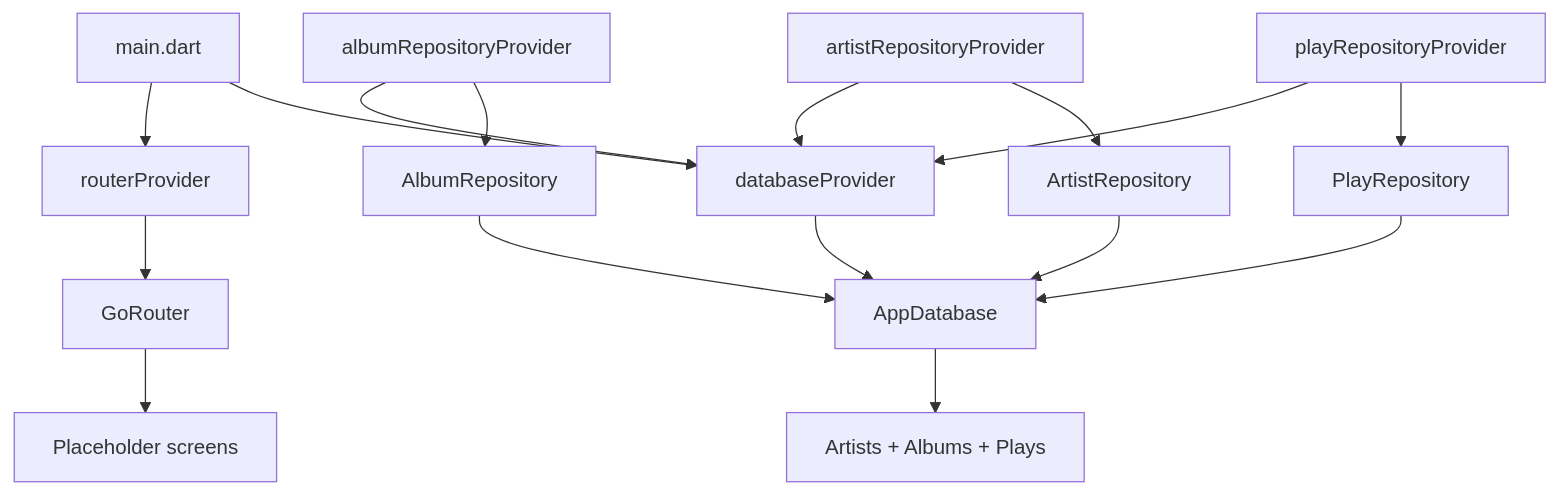
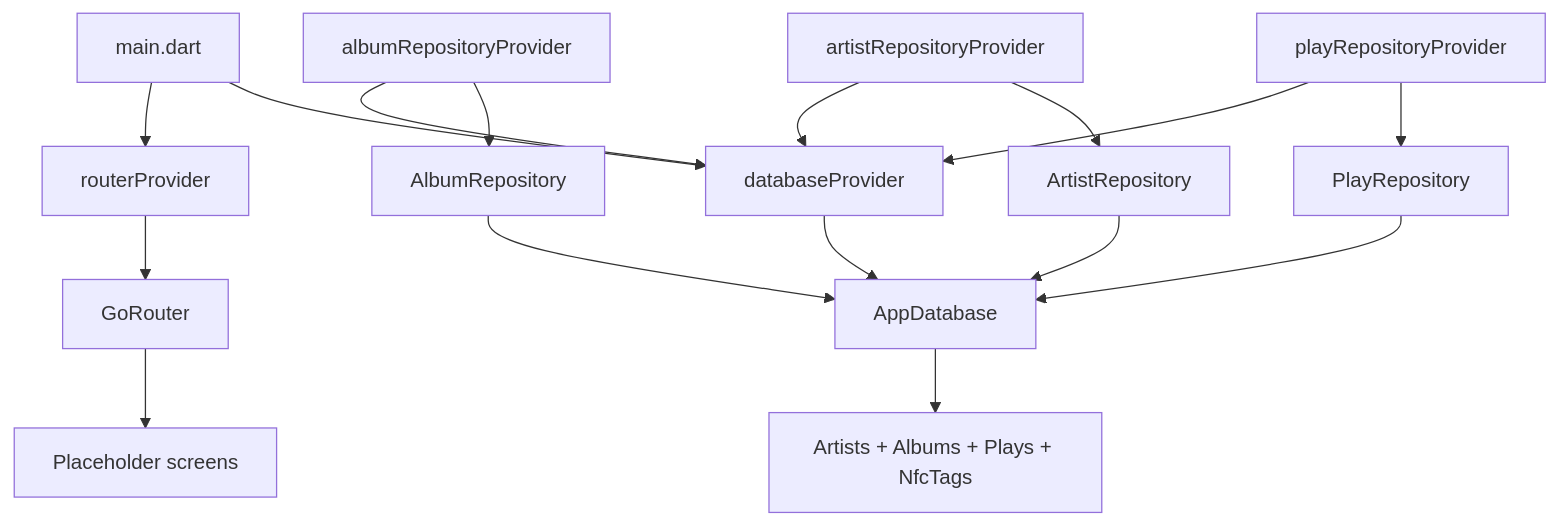
The second of 3 diagrams in docs/architecture/dependency-graph.md (hunter-goller/Groovefolio), drawn with Mermaid before and after one commit. The commit also changed other lines of this file and 20 other files, not shown here.

Commit message:
VinylApp-040 add nfc_tags schema v2 migration and tests (#24)

````diff
--- a/docs/architecture/dependency-graph.md
+++ b/docs/architecture/dependency-graph.md
@@ -43,32 +43,32 @@
 ```mermaid
 flowchart TD
     Main[main.dart]
     RouterProvider[routerProvider]
     DatabaseProvider[databaseProvider]
     AlbumRepoProvider[albumRepositoryProvider]
     ArtistRepoProvider[artistRepositoryProvider]
     PlayRepoProvider[playRepositoryProvider]
     Router[GoRouter]
     Placeholders[Placeholder screens]
     AlbumRepo[AlbumRepository]
     ArtistRepo[ArtistRepository]
     PlayRepo[PlayRepository]
     Database[AppDatabase]
-    Tables[Artists + Albums + Plays]
+    Tables[Artists + Albums + Plays + NfcTags]
 
     Main --> RouterProvider
     Main --> DatabaseProvider
     RouterProvider --> Router
     Router --> Placeholders
     AlbumRepoProvider --> DatabaseProvider
     AlbumRepoProvider --> AlbumRepo
     ArtistRepoProvider --> DatabaseProvider
     ArtistRepoProvider --> ArtistRepo
     PlayRepoProvider --> DatabaseProvider
     PlayRepoProvider --> PlayRepo
     AlbumRepo --> Database
     ArtistRepo --> Database
     PlayRepo --> Database
     DatabaseProvider --> Database
     Database --> Tables
 ```
````
